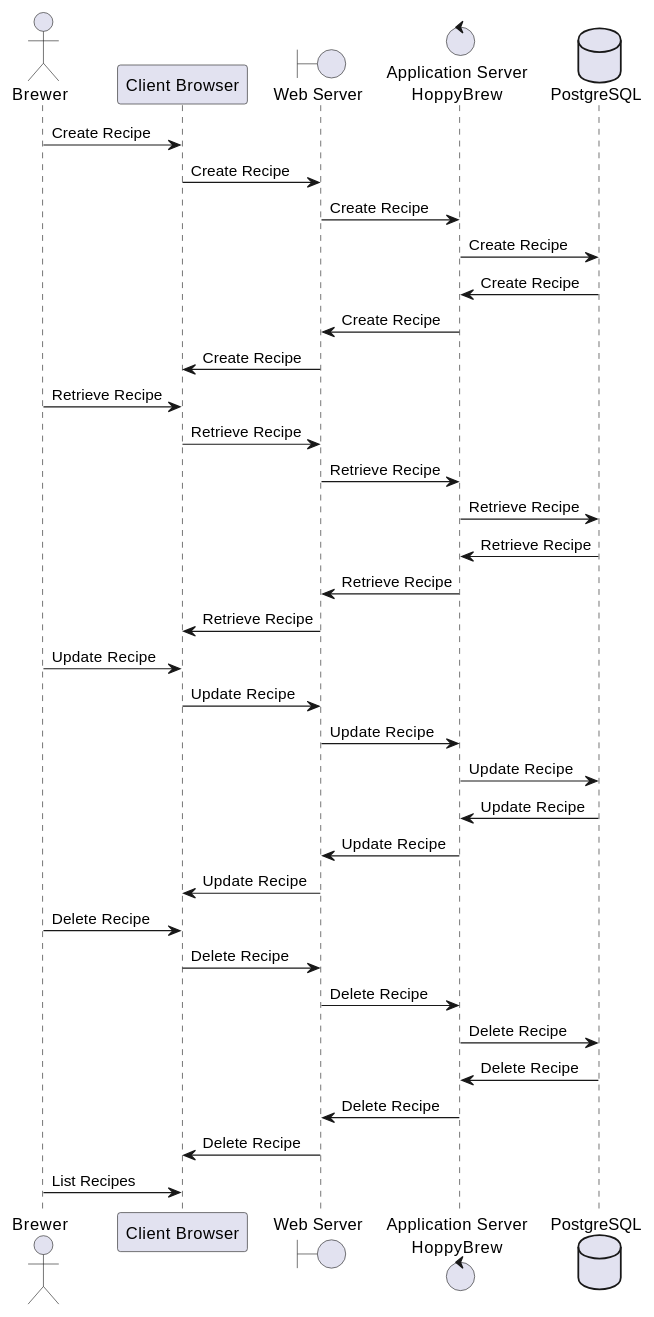
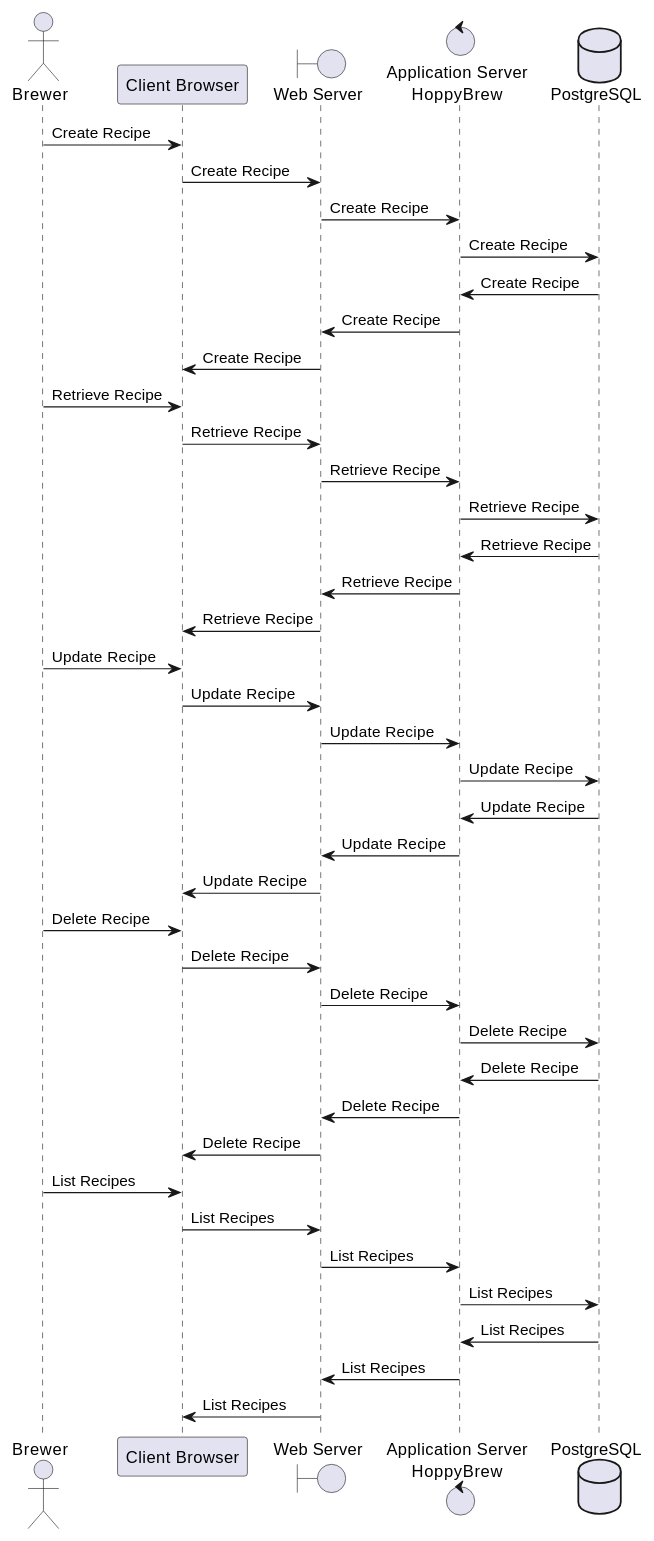
Before and after one commit to asbor/iu-project-software-engineering: the sixth of 6 diagrams in documents/01-Conception-Phase/00-HoppyBrew.md, drawn with PlantUML. The commit also changed 3 other files, not shown here.

```diff
--- a/documents/01-Conception-Phase/00-HoppyBrew.md
+++ b/documents/01-Conception-Phase/00-HoppyBrew.md
@@ -719,43 +719,49 @@
 @startuml 06-Runtime-View-CRUD-Recipe
 
 actor Brewer as Brewer
 participant "Client Browser" as ClientBrowser
 boundary WebServer as "Web Server"
 control AppServer as "Application Server\nHoppyBrew"
 database "PostgreSQL" as PostgreSQL
 
 Brewer -> ClientBrowser : Create Recipe
 ClientBrowser -> WebServer : Create Recipe
 WebServer -> AppServer : Create Recipe
 AppServer -> PostgreSQL : Create Recipe
 PostgreSQL -> AppServer : Create Recipe
 AppServer -> WebServer : Create Recipe
 WebServer -> ClientBrowser : Create Recipe
 
 Brewer -> ClientBrowser : Retrieve Recipe
 ClientBrowser -> WebServer : Retrieve Recipe
 WebServer -> AppServer : Retrieve Recipe
 AppServer -> PostgreSQL : Retrieve Recipe
 PostgreSQL -> AppServer : Retrieve Recipe
 AppServer -> WebServer : Retrieve Recipe
 WebServer -> ClientBrowser : Retrieve Recipe
 
 Brewer -> ClientBrowser : Update Recipe
 ClientBrowser -> WebServer : Update Recipe
 WebServer -> AppServer : Update Recipe
 AppServer -> PostgreSQL : Update Recipe
 PostgreSQL -> AppServer : Update Recipe
 AppServer -> WebServer : Update Recipe
 WebServer -> ClientBrowser : Update Recipe
 
 Brewer -> ClientBrowser : Delete Recipe
 ClientBrowser -> WebServer : Delete Recipe
 WebServer -> AppServer : Delete Recipe
 AppServer -> PostgreSQL : Delete Recipe
 PostgreSQL -> AppServer : Delete Recipe
 AppServer -> WebServer : Delete Recipe
 WebServer -> ClientBrowser : Delete Recipe
 
 Brewer -> ClientBrowser : List Recipes
+ClientBrowser -> WebServer : List Recipes
+WebServer -> AppServer : List Recipes
+AppServer -> PostgreSQL : List Recipes
+PostgreSQL -> AppServer : List Recipes
+AppServer -> WebServer : List Recipes
+WebServer -> ClientBrowser : List Recipes
 
 @enduml
```
